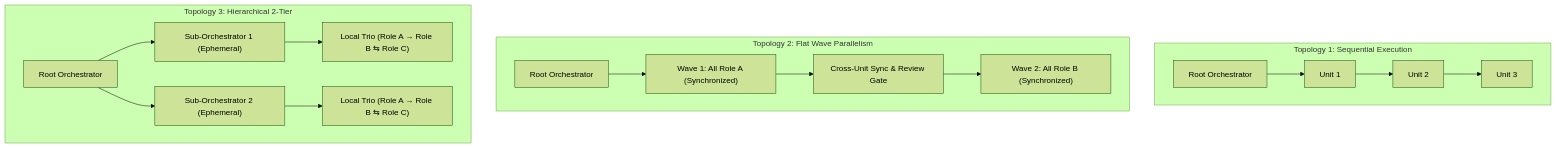
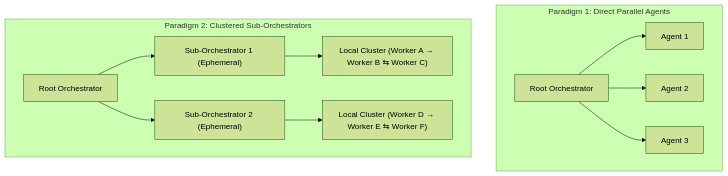
Before and after one commit to axiomfab/weavemas: the diagram in skills/weave-authoring/references/authoring_parallelization.md, drawn with Mermaid (forest theme). The commit also changed other lines of this file and 2 other files, not shown here.

Commit message:
docs(authoring,orchestrator): refine parallel execution protocols and clustered sub-orchestration patterns

````diff
--- a/skills/weave-authoring/references/authoring_parallelization.md
+++ b/skills/weave-authoring/references/authoring_parallelization.md
@@ -18,21 +18,15 @@
 ```mermaid
 flowchart TD
-    subgraph Topology 1: Sequential Execution
-        O1[Root Orchestrator] --> S1[Unit 1]
-        S1 --> S2[Unit 2]
-        S2 --> S3[Unit 3]
+    subgraph Paradigm 1: Direct Parallel Agents
+        Root1[Root Orchestrator] --> A1[Agent 1]
+        Root1 --> A2[Agent 2]
+        Root1 --> A3[Agent 3]
     end
 
-    subgraph Topology 2: Flat Wave Parallelism
-        O2[Root Orchestrator] --> W1["Wave 1: All Role A (Synchronized)"]
-        W1 --> Gate["Cross-Unit Sync & Review Gate"]
-        Gate --> W2["Wave 2: All Role B (Synchronized)"]
-    end
-
-    subgraph Topology 3: Hierarchical 2-Tier
-        O3[Root Orchestrator] --> P1["Sub-Orchestrator 1 (Ephemeral)"]
-        O3 --> P2["Sub-Orchestrator 2 (Ephemeral)"]
-        P1 --> T1["Local Trio (Role A → Role B ⇆ Role C)"]
-        P2 --> T2["Local Trio (Role A → Role B ⇆ Role C)"]
+    subgraph Paradigm 2: Clustered Sub-Orchestrators
+        Root2[Root Orchestrator] --> SO1["Sub-Orchestrator 1 (Ephemeral)"]
+        Root2 --> SO2["Sub-Orchestrator 2 (Ephemeral)"]
+        SO1 --> C1["Local Cluster (Worker A → Worker B ⇆ Worker C)"]
+        SO2 --> C2["Local Cluster (Worker D → Worker E ⇆ Worker F)"]
     end
 ```
````
